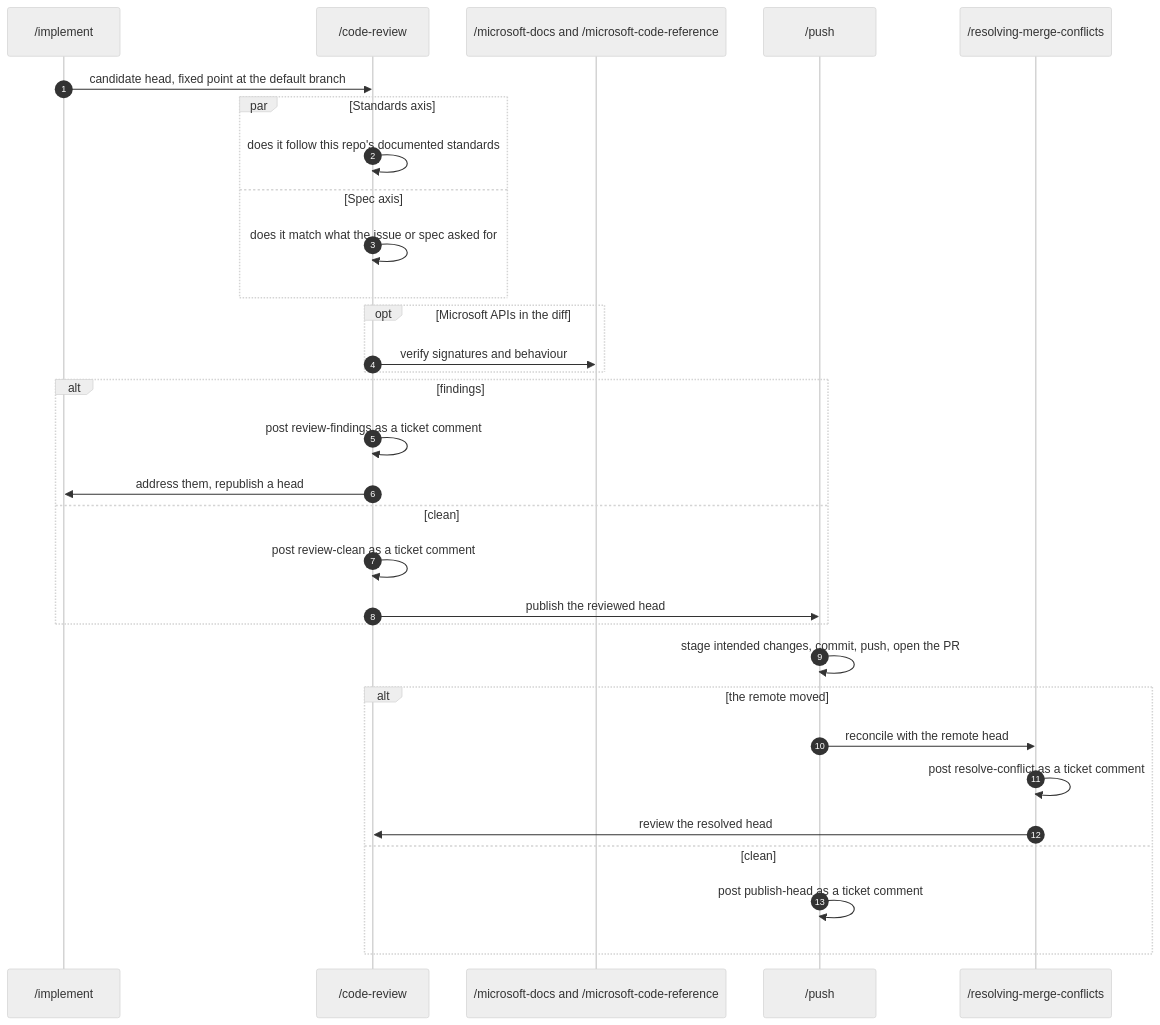
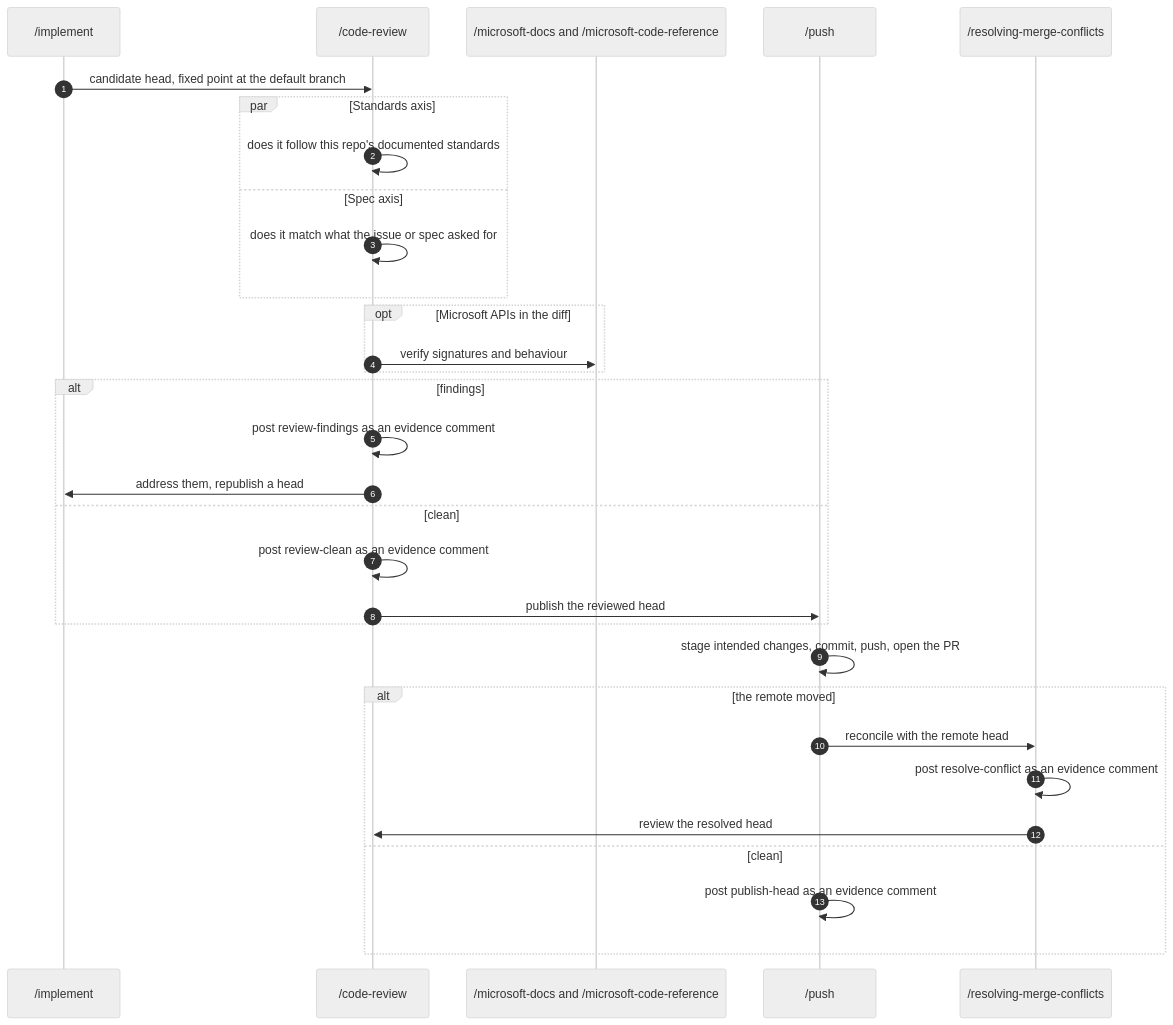
The eighth of 12 diagrams in docs/skill-connections.md (bradcstevens/git-loopy-skills), drawn with Mermaid (neutral theme) before and after one commit. The commit also changed other lines of this file and 1 other file, not shown here.

Commit message:
docs: align review remediation terminology

````diff
--- a/docs/skill-connections.md
+++ b/docs/skill-connections.md
@@ -376,37 +376,37 @@
 ```mermaid
 sequenceDiagram
     autonumber
     participant IM as /implement
     participant CR as /code-review
     participant MS as /microsoft-docs and /microsoft-code-reference
     participant PU as /push
     participant RMC as /resolving-merge-conflicts
 
     IM->>CR: candidate head, fixed point at the default branch
 
     par Standards axis
         CR->>CR: does it follow this repo's documented standards
     and Spec axis
         CR->>CR: does it match what the issue or spec asked for
     end
     opt Microsoft APIs in the diff
         CR->>MS: verify signatures and behaviour
     end
 
     alt findings
-        CR->>CR: post review-findings as a ticket comment
+        CR->>CR: post review-findings as an evidence comment
         CR->>IM: address them, republish a head
     else clean
-        CR->>CR: post review-clean as a ticket comment
+        CR->>CR: post review-clean as an evidence comment
         CR->>PU: publish the reviewed head
     end
 
     PU->>PU: stage intended changes, commit, push, open the PR
     alt the remote moved
         PU->>RMC: reconcile with the remote head
-        RMC->>RMC: post resolve-conflict as a ticket comment
+        RMC->>RMC: post resolve-conflict as an evidence comment
         RMC->>CR: review the resolved head
     else clean
-        PU->>PU: post publish-head as a ticket comment
+        PU->>PU: post publish-head as an evidence comment
     end
 ```
````
